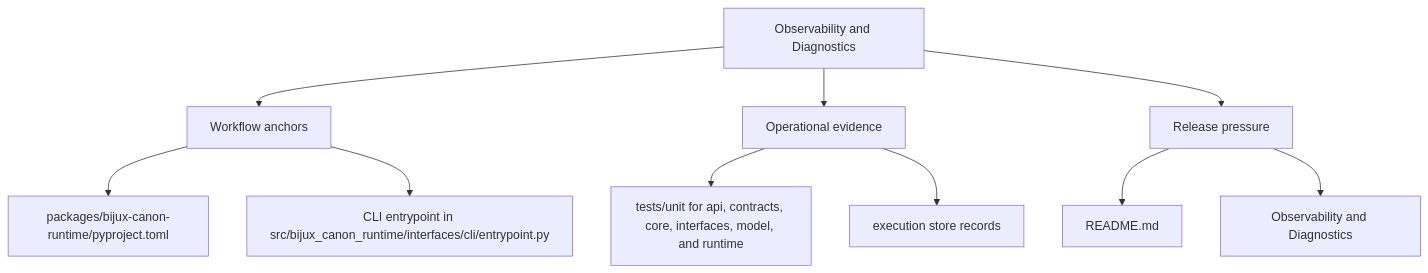
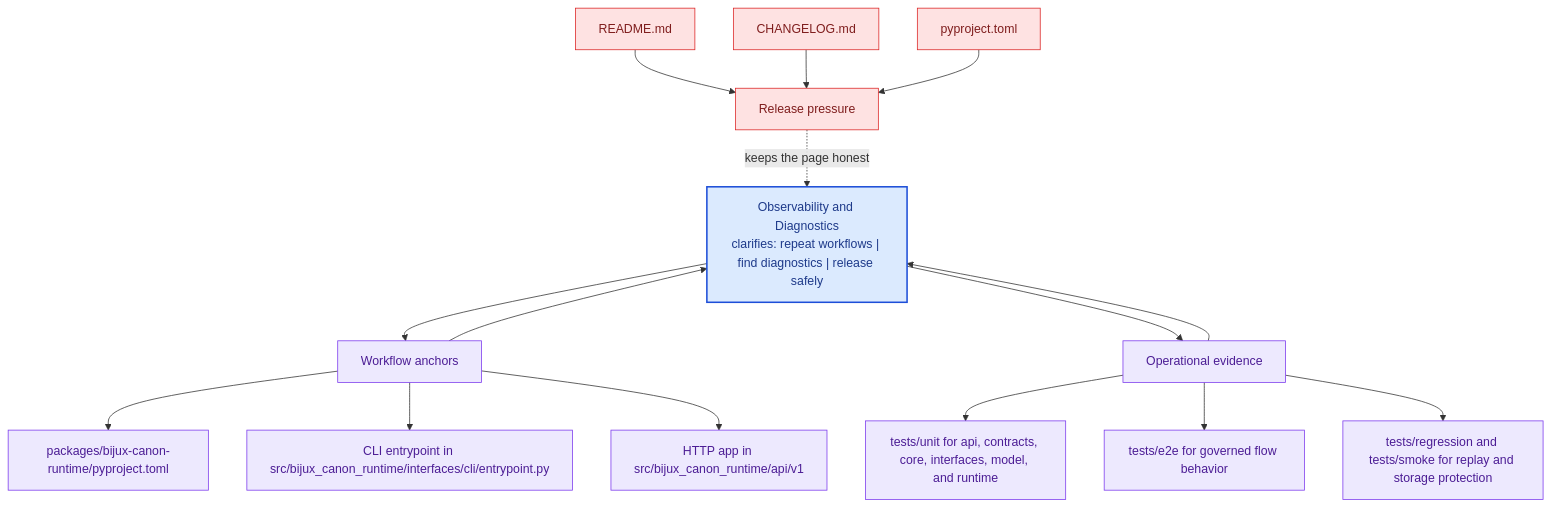
The second of 2 diagrams in docs/bijux-canon-runtime/operations/observability-and-diagnostics.md (bijux/bijux-canon), drawn with Mermaid before and after one commit. The commit also changed other lines of this file and 281 other files, not shown here.

Commit message:
docs(diagrams): deepen handbook mermaid maps across the catalog

````diff
--- a/docs/bijux-canon-runtime/operations/observability-and-diagnostics.md
+++ b/docs/bijux-canon-runtime/operations/observability-and-diagnostics.md
@@ -33,22 +66,41 @@
 ```mermaid
-flowchart TD
-    page["Observability and Diagnostics"]
+flowchart TB
+    promise["Observability and Diagnostics<br/>clarifies: repeat workflows | find diagnostics | release safely"]
+    classDef promise fill:#dbeafe,stroke:#1d4ed8,color:#1e3a8a,stroke-width:2px;
+    classDef driver fill:#dcfce7,stroke:#16a34a,color:#14532d;
+    classDef constraint fill:#fee2e2,stroke:#dc2626,color:#7f1d1d;
+    classDef ground fill:#ede9fe,stroke:#7c3aed,color:#4c1d95;
     focus1["Workflow anchors"]
-    page --> focus1
+    focus1 --> promise
+    promise --> focus1
     focus1_1["packages/bijux-canon-runtime/pyproject.toml"]
     focus1 --> focus1_1
     focus1_2["CLI entrypoint in src/bijux_canon_runtime/interfaces/cli/entrypoint.py"]
     focus1 --> focus1_2
+    focus1_3["HTTP app in src/bijux_canon_runtime/api/v1"]
+    focus1 --> focus1_3
+    class focus1 ground;
+    class focus1_1,focus1_2,focus1_3 ground;
     focus2["Operational evidence"]
-    page --> focus2
+    focus2 --> promise
+    promise --> focus2
     focus2_1["tests/unit for api, contracts, core, interfaces, model, and runtime"]
     focus2 --> focus2_1
-    focus2_2["execution store records"]
+    focus2_2["tests/e2e for governed flow behavior"]
     focus2 --> focus2_2
+    focus2_3["tests/regression and tests/smoke for replay and storage protection"]
+    focus2 --> focus2_3
+    class focus2 ground;
+    class focus2_1,focus2_2,focus2_3 ground;
     focus3["Release pressure"]
-    page --> focus3
+    focus3 -.keeps the page honest.-> promise
     focus3_1["README.md"]
-    focus3 --> focus3_1
-    focus3_2["Observability and Diagnostics"]
-    focus3 --> focus3_2
+    focus3_1 --> focus3
+    focus3_2["CHANGELOG.md"]
+    focus3_2 --> focus3
+    focus3_3["pyproject.toml"]
+    focus3_3 --> focus3
+    class focus3 constraint;
+    class focus3_1,focus3_2,focus3_3 constraint;
+    class promise promise;
 ```
````
